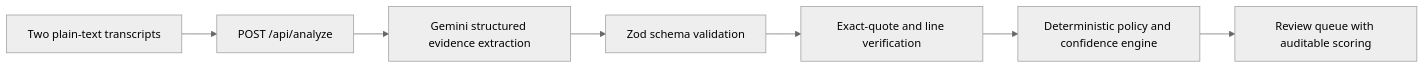
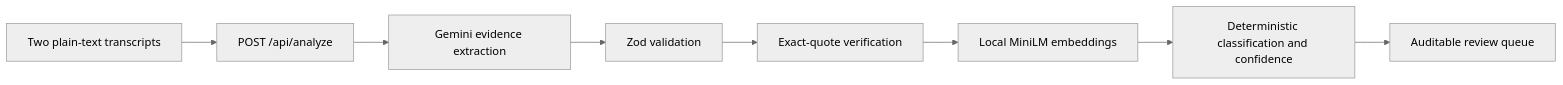
Before and after one commit to Catnip-harvest/legally: the diagram in README.md, drawn with Mermaid (neutral theme). The commit also changed other lines of this file and 18 other files, not shown here.

Commit message:
Add deterministic MiniLM scoring engine

````diff
--- a/README.md
+++ b/README.md
@@ -9,9 +9,10 @@
 ```mermaid
 flowchart LR
     A["Two plain-text transcripts"] --> B["POST /api/analyze"]
-    B --> C["Gemini structured evidence extraction"]
-    C --> D["Zod schema validation"]
-    D --> E["Exact-quote and line verification"]
-    E --> F["Deterministic policy and confidence engine"]
-    F --> G["Review queue with auditable scoring"]
+    B --> C["Gemini evidence extraction"]
+    C --> D["Zod validation"]
+    D --> E["Exact-quote verification"]
+    E --> F["Local MiniLM embeddings"]
+    F --> G["Deterministic classification and confidence"]
+    G --> H["Auditable review queue"]
 ```
````
